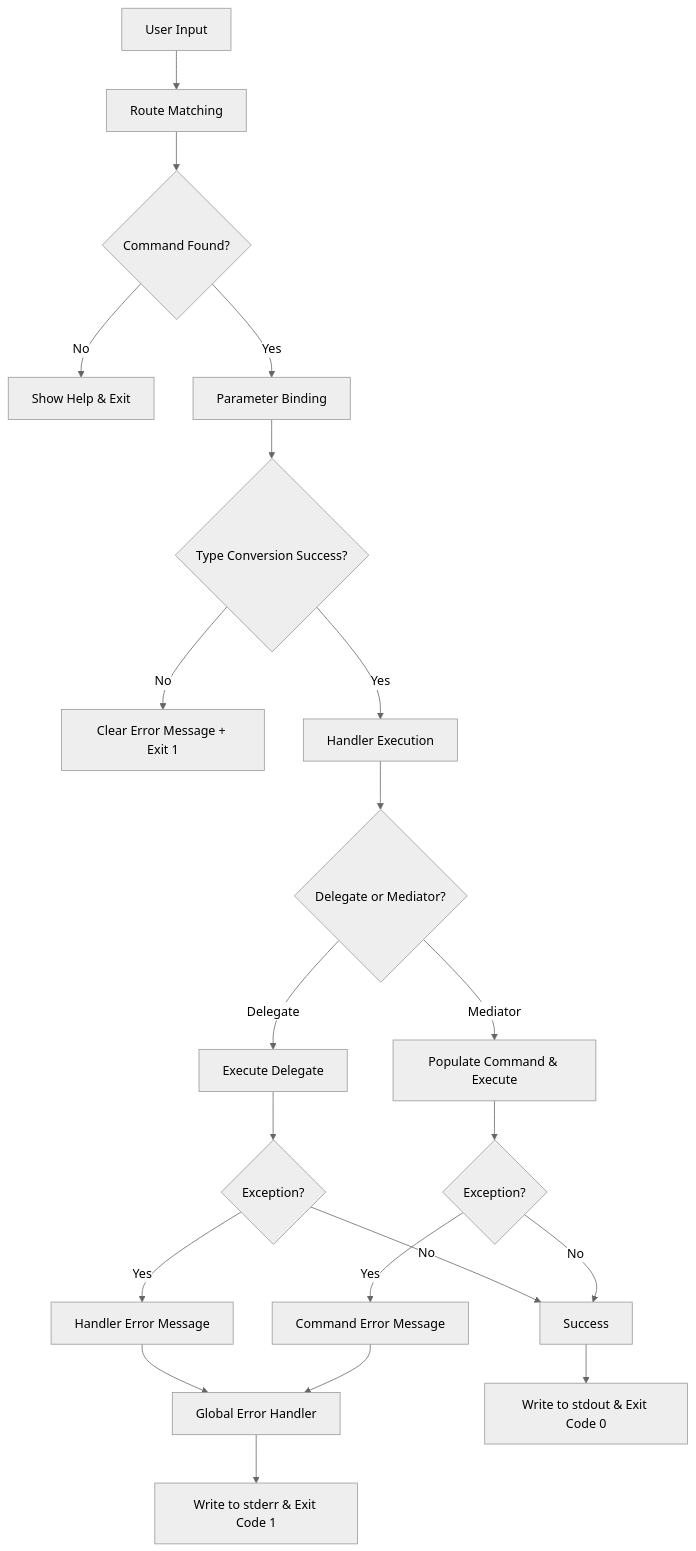
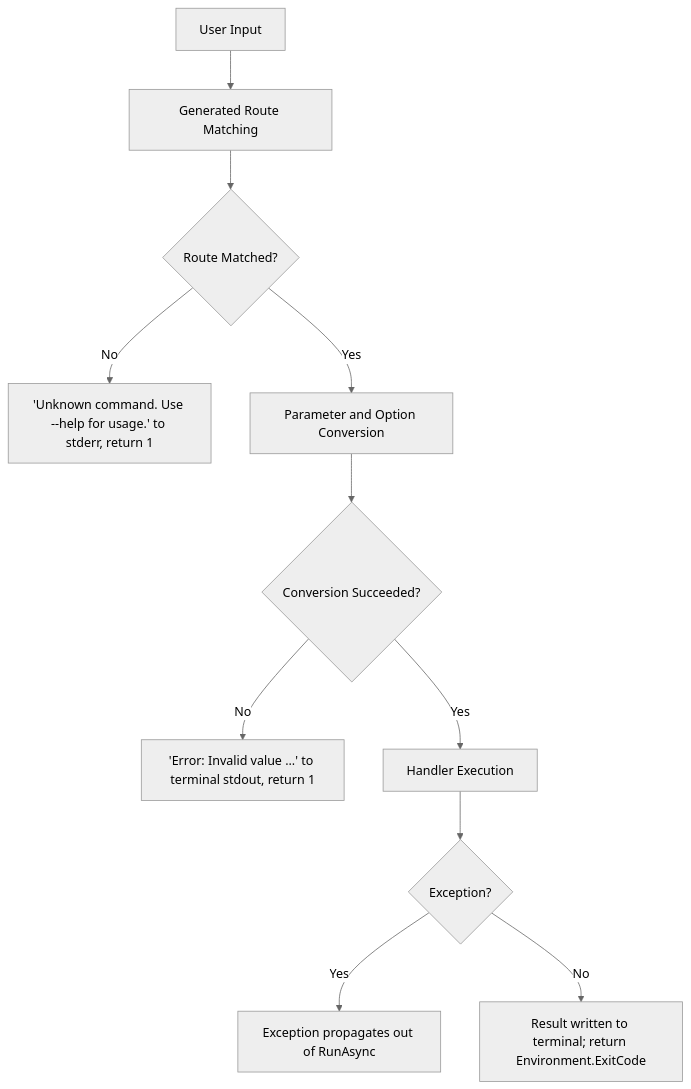
The diagram in documentation/developer/reference/error-handling.md (TimeWarpEngineering/timewarp-nuru), drawn with Mermaid (neutral theme) before and after one commit. The commit also changed other lines of this file and 36 other files, not shown here.

````diff
--- a/documentation/developer/reference/error-handling.md
+++ b/documentation/developer/reference/error-handling.md
@@ -7,23 +10,13 @@
 ```mermaid
 graph TD
-    A[User Input] --> B[Route Matching]
-    B --> C{Command Found?}
-    C -->|No| D[Show Help & Exit]
-    C -->|Yes| E[Parameter Binding]
-    E --> F{Type Conversion Success?}
-    F -->|No| G[Clear Error Message + Exit 1]
+    A[User Input] --> B[Generated Route Matching]
+    B --> C{Route Matched?}
+    C -->|No| D["'Unknown command. Use --help for usage.' to stderr, return 1"]
+    C -->|Yes| E[Parameter and Option Conversion]
+    E --> F{Conversion Succeeded?}
+    F -->|No| G["'Error: Invalid value ...' to terminal stdout, return 1"]
     F -->|Yes| H[Handler Execution]
-    H --> I{Delegate or Mediator?}
-    I -->|Delegate| J[Execute Delegate]
-    I -->|Mediator| K[Populate Command & Execute]
-    J --> L{Exception?}
-    K --> M{Exception?}
-    L -->|Yes| N[Handler Error Message]
-    M -->|Yes| O[Command Error Message]
-    L -->|No| P[Success]
-    M -->|No| P
-    N --> Q[Global Error Handler]
-    O --> Q
-    Q --> R[Write to stderr & Exit Code 1]
-    P --> S[Write to stdout & Exit Code 0]
+    H --> I{Exception?}
+    I -->|Yes| J[Exception propagates out of RunAsync]
+    I -->|No| K[Result written to terminal; return Environment.ExitCode]
 ```
````
